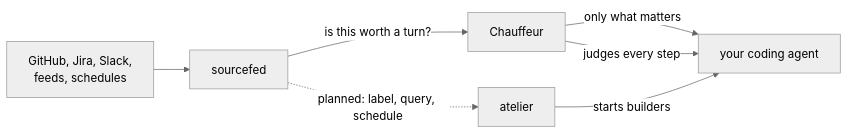
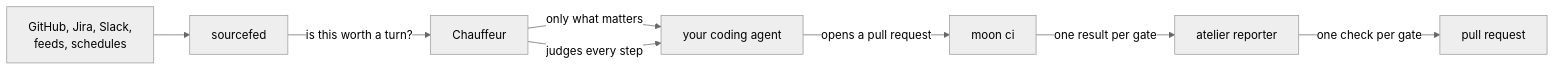
The fifth of 6 diagrams in deck/slides.md (wrkhse/workhorse), drawn with Mermaid (neutral theme) before and after one commit. The commit also changed other lines of this file and 1 other file, not shown here.

First line of the commit message:
docs(deck): describe the redesigned atelier (#59)

````diff
--- a/deck/slides.md
+++ b/deck/slides.md
@@ -813,9 +689,10 @@
 ```mermaid {scale: 0.75}
 flowchart LR
     Sources["GitHub, Jira, Slack,<br/>feeds, schedules"] --> SF["sourcefed"]
     SF -- "is this worth a turn?" --> CH["Chauffeur"]
     CH -- "only what matters" --> Agent["your coding agent"]
     CH -- "judges every step" --> Agent
-    SF -. "planned: label, query, schedule" .-> AT["atelier"]
-    AT -- "starts builders" --> Agent
+    Agent -- "opens a pull request" --> CI["moon ci"]
+    CI -- "one result per gate" --> AT["atelier reporter"]
+    AT -- "one check per gate" --> PR["pull request"]
 ```
````
